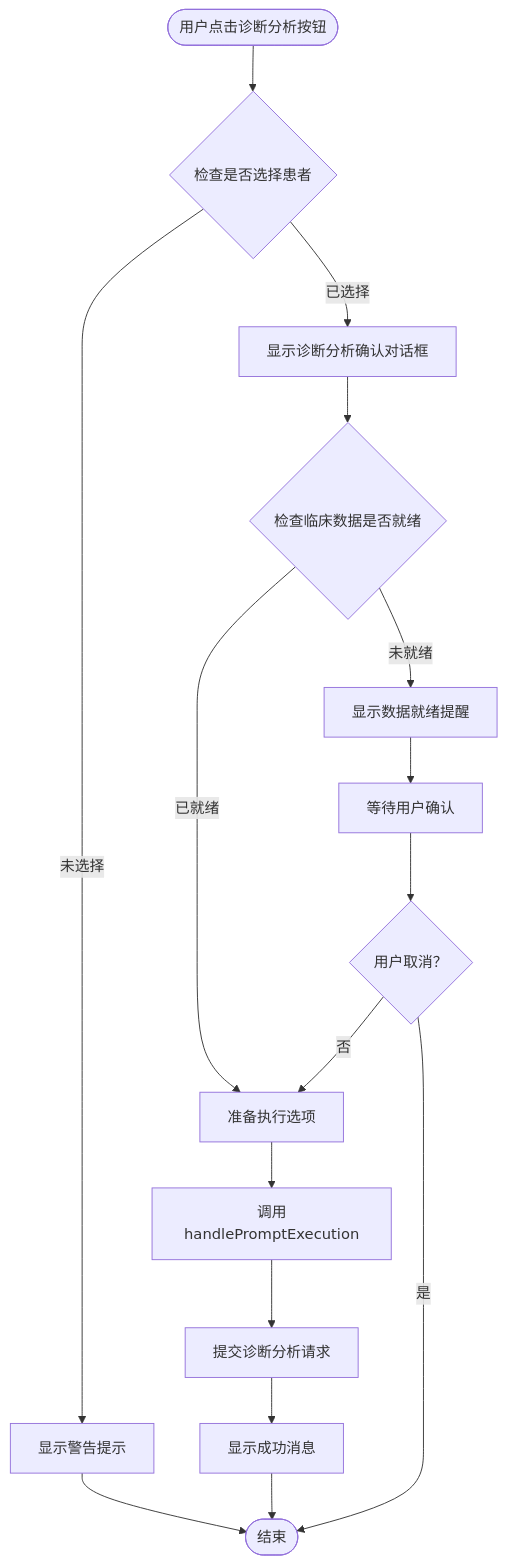
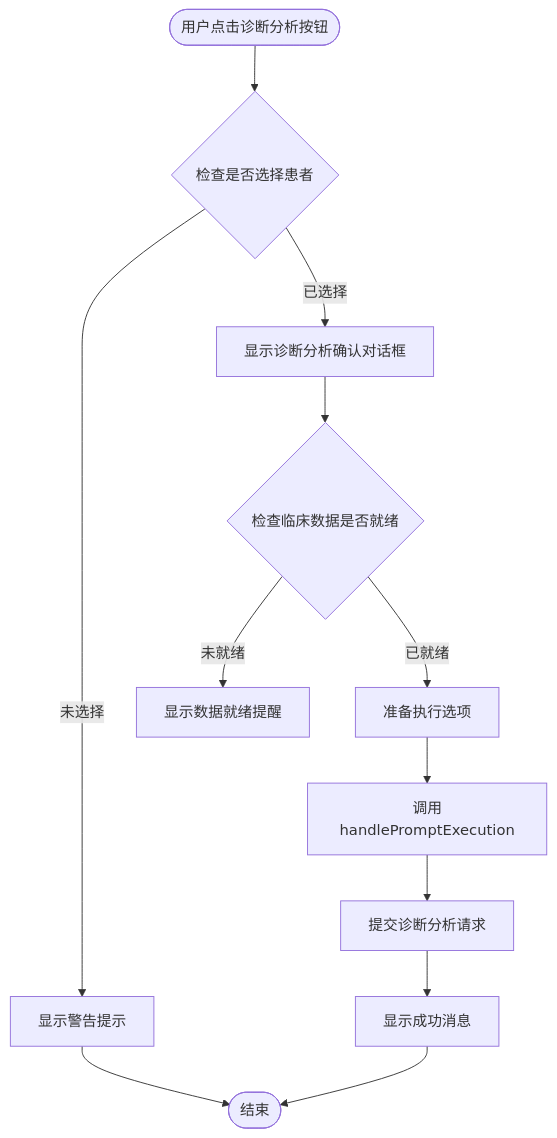
Before and after one commit to liuzh2008/med_ai_assistant_workspace: the sixth of 9 diagrams in .qoder/repowiki/zh/content/核心功能模块/AI诊断辅助系统.md, drawn with Mermaid. The commit also changed other lines of this file and 3 other files, not shown here.

````diff
--- a/.qoder/repowiki/zh/content/核心功能模块/AI诊断辅助系统.md
+++ b/.qoder/repowiki/zh/content/核心功能模块/AI诊断辅助系统.md
@@ -365,18 +404,14 @@
 ```mermaid
 flowchart TD
 Start(["用户点击诊断分析按钮"]) --> CheckPatient{"检查是否选择患者"}
 CheckPatient --> |未选择| ShowWarning["显示警告提示"]
 ShowWarning --> End(["结束"])
 CheckPatient --> |已选择| ShowConfirm["显示诊断分析确认对话框"]
 ShowConfirm --> CheckDataReady{"检查临床数据是否就绪"}
 CheckDataReady --> |未就绪| ShowDataRemind["显示数据就绪提醒"]
-ShowDataRemind --> WaitUserAction["等待用户确认"]
 CheckDataReady --> |已就绪| PrepareOptions["准备执行选项"]
 PrepareOptions --> CallHandlePrompt["调用handlePromptExecution"]
 CallHandlePrompt --> SubmitRequest["提交诊断分析请求"]
 SubmitRequest --> ShowSuccess["显示成功消息"]
 ShowSuccess --> End(["结束"])
-WaitUserAction --> UserCancel{"用户取消？"}
-UserCancel --> |是| End
-UserCancel --> |否| PrepareOptions
 ```
````
